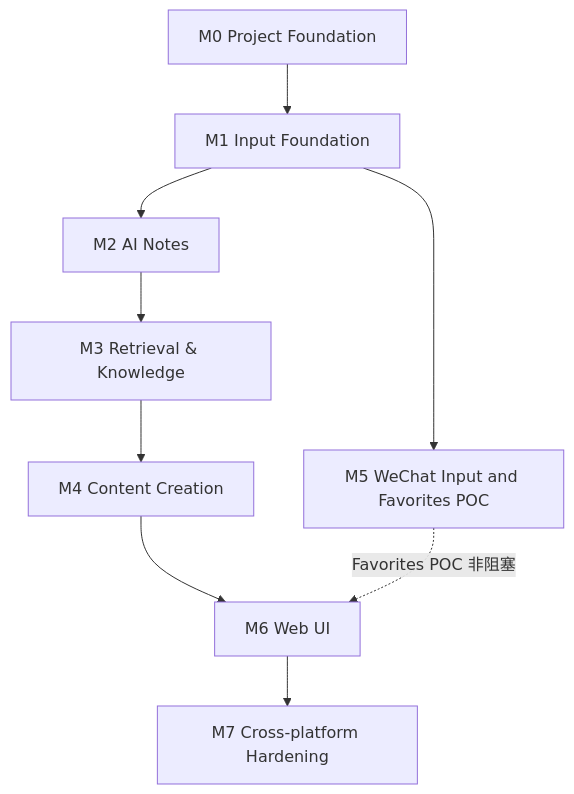
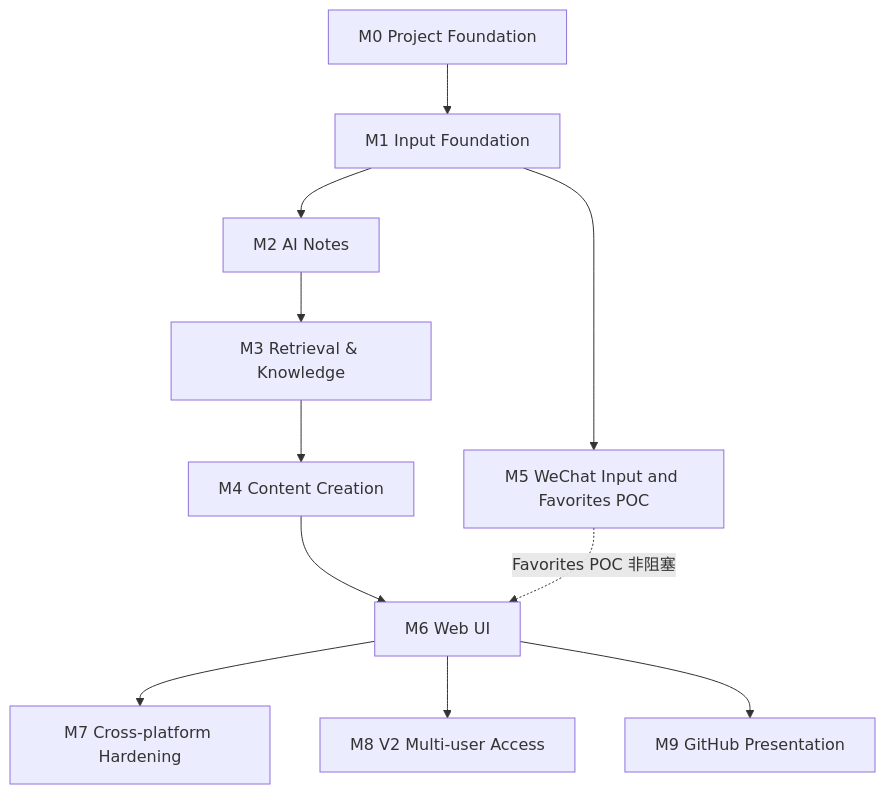
Before and after one commit to liuzihan314-wq/personal-ai-kb: the first of 2 diagrams in ROADMAP.md, drawn with Mermaid. The commit also changed other lines of this file and 6 other files, not shown here.

````diff
--- a/ROADMAP.md
+++ b/ROADMAP.md
@@ -38,20 +38,24 @@
 ```mermaid
 flowchart TD
     M0[M0 Project Foundation]
     M1[M1 Input Foundation]
     M2[M2 AI Notes]
     M3[M3 Retrieval & Knowledge]
     M4[M4 Content Creation]
     M5[M5 WeChat Input and Favorites POC]
     M6[M6 Web UI]
     M7[M7 Cross-platform Hardening]
+    M8[M8 V2 Multi-user Access]
+    M9[M9 GitHub Presentation]
 
     M0 --> M1
     M1 --> M2
     M2 --> M3
     M3 --> M4
     M1 --> M5
     M4 --> M6
     M5 -.Favorites POC 非阻塞.-> M6
     M6 --> M7
+    M6 --> M8
+    M6 --> M9
 ```
````
